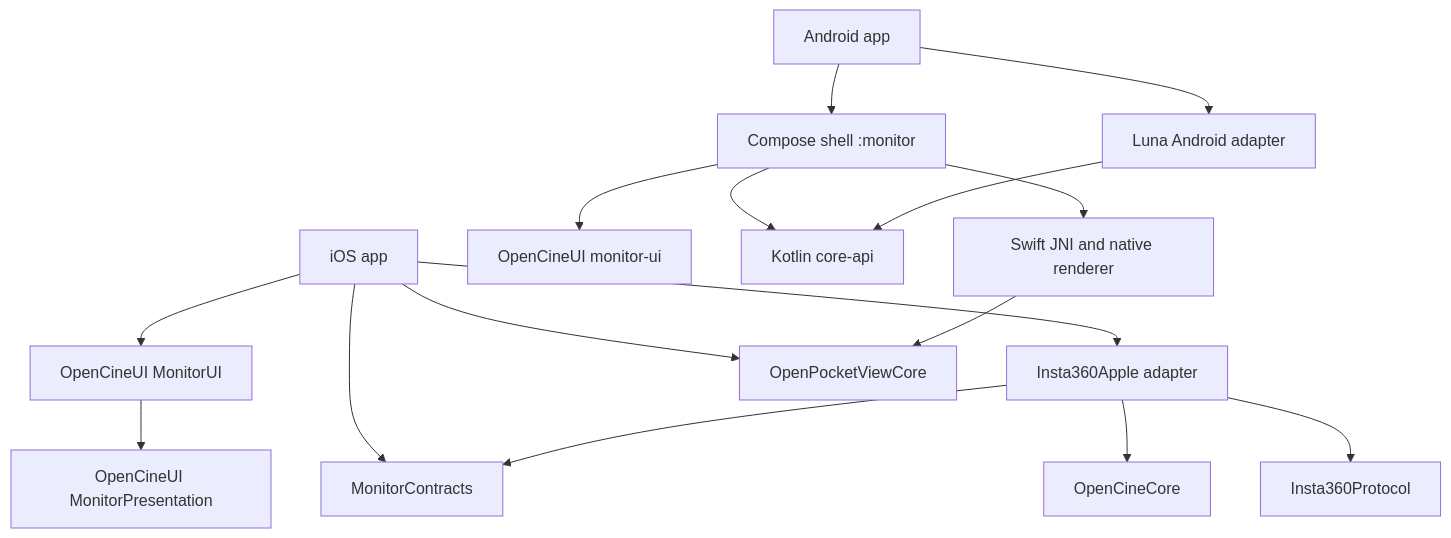
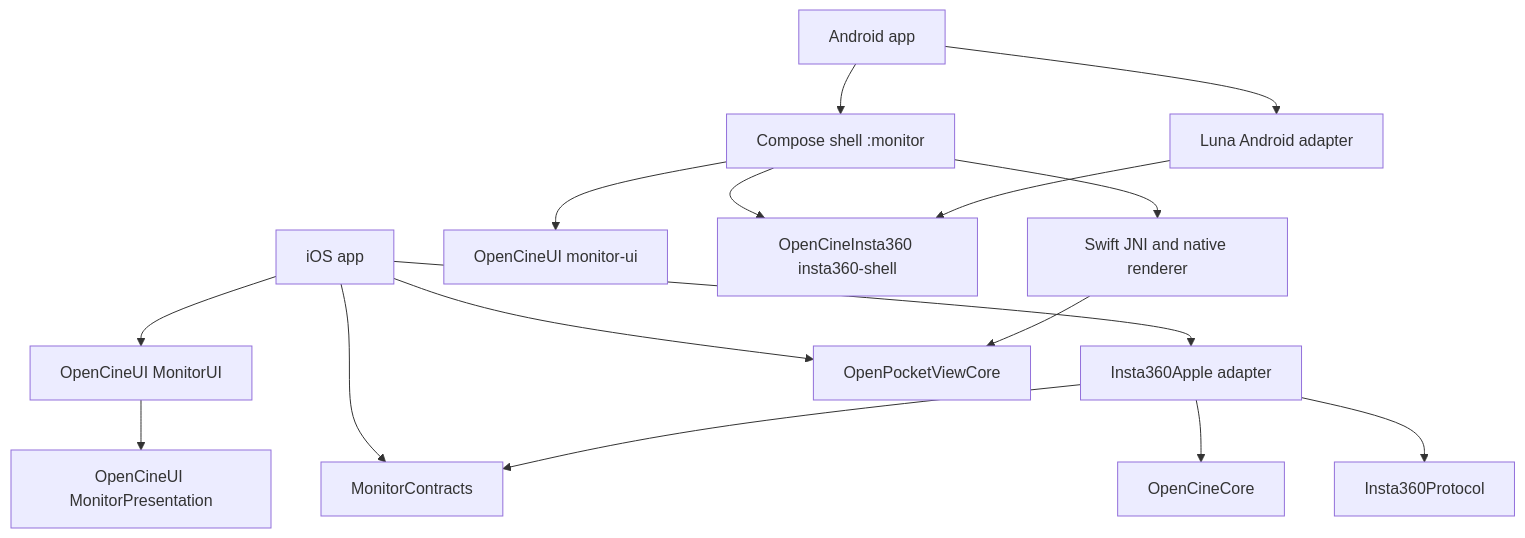
The diagram in docs/implementation/architecture.md (erik-sutton95/OpenInstaCine), drawn with Mermaid before and after one commit. The commit also changed other lines of this file and 66 other files, not shown here.

First line of the commit message:
refactor(android): take the shell contract and Luna adapter from OpenCineInsta360 (CORE-API)

````diff
--- a/docs/implementation/architecture.md
+++ b/docs/implementation/architecture.md
@@ -35,18 +35,18 @@
 ```mermaid
 flowchart TD
     Apple[iOS app] --> UI[OpenCineUI MonitorUI]
     UI --> Presentation[OpenCineUI MonitorPresentation]
     Apple --> LunaApple[Insta360Apple adapter]
     Apple --> Contracts[MonitorContracts]
     Apple --> Core[OpenPocketViewCore]
     LunaApple --> Contracts
     LunaApple --> OCCore[OpenCineCore]
     LunaApple --> Protocol[Insta360Protocol]
     Android[Android app] --> Monitor[Compose shell :monitor]
     Android --> LunaAndroid[Luna Android adapter]
     Monitor --> Compose[OpenCineUI monitor-ui]
-    Monitor --> API[Kotlin core-api]
+    Monitor --> API[OpenCineInsta360 insta360-shell]
     LunaAndroid --> API
     Monitor --> JNI[Swift JNI and native renderer]
     JNI --> Core
 ```
````
